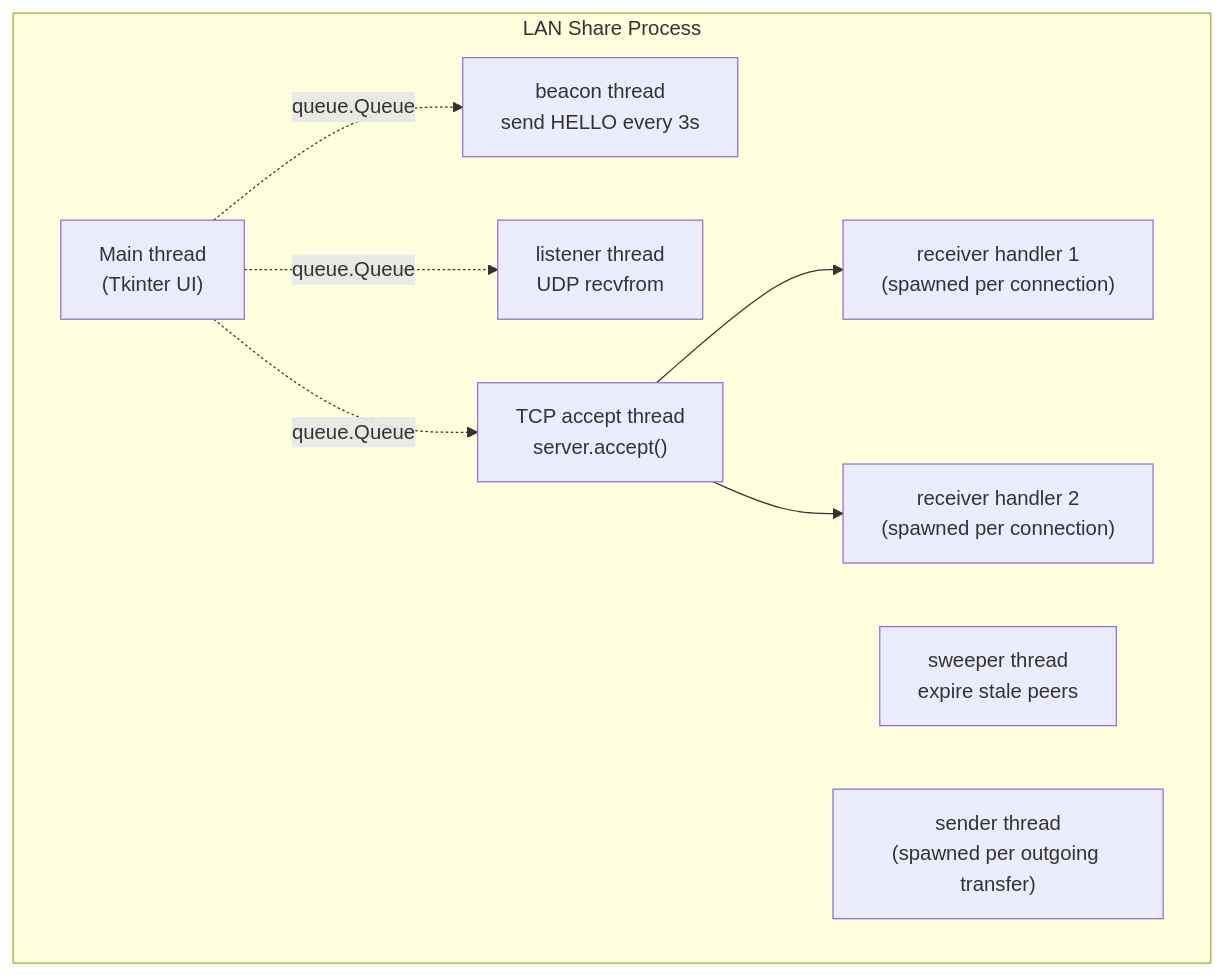
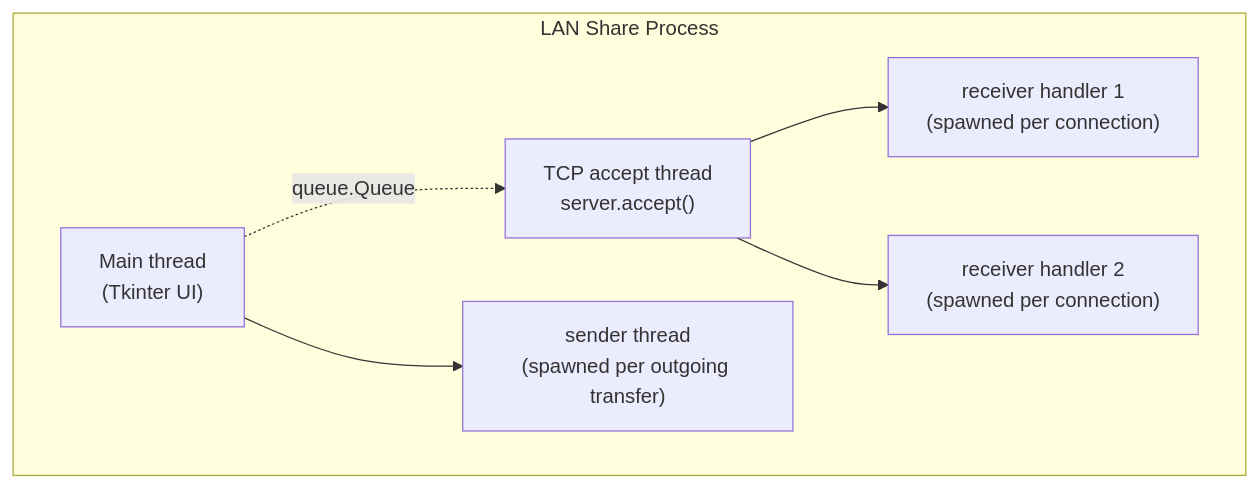
Before and after one commit to ahmedhaithamamer/File_transfer_app: the second of 2 diagrams in NETWORKING.md, drawn with Mermaid. The commit also changed other lines of this file and 24 other files, not shown here.

````diff
--- a/NETWORKING.md
+++ b/NETWORKING.md
@@ -205,19 +138,15 @@
 ```mermaid
 flowchart TB
     subgraph MainProcess [LAN Share Process]
         UIThread["Main thread<br/>(Tkinter UI)"]
-        BeaconT["beacon thread<br/>send HELLO every 3s"]
-        ListenerT["listener thread<br/>UDP recvfrom"]
-        SweeperT["sweeper thread<br/>expire stale peers"]
         AcceptT["TCP accept thread<br/>server.accept()"]
         RecvT1["receiver handler 1<br/>(spawned per connection)"]
         RecvT2["receiver handler 2<br/>(spawned per connection)"]
         SendT["sender thread<br/>(spawned per outgoing transfer)"]
     end
 
-    UIThread -.->|"queue.Queue"| BeaconT
-    UIThread -.->|"queue.Queue"| ListenerT
     UIThread -.->|"queue.Queue"| AcceptT
     AcceptT --> RecvT1
     AcceptT --> RecvT2
+    UIThread --> SendT
 ```
````
